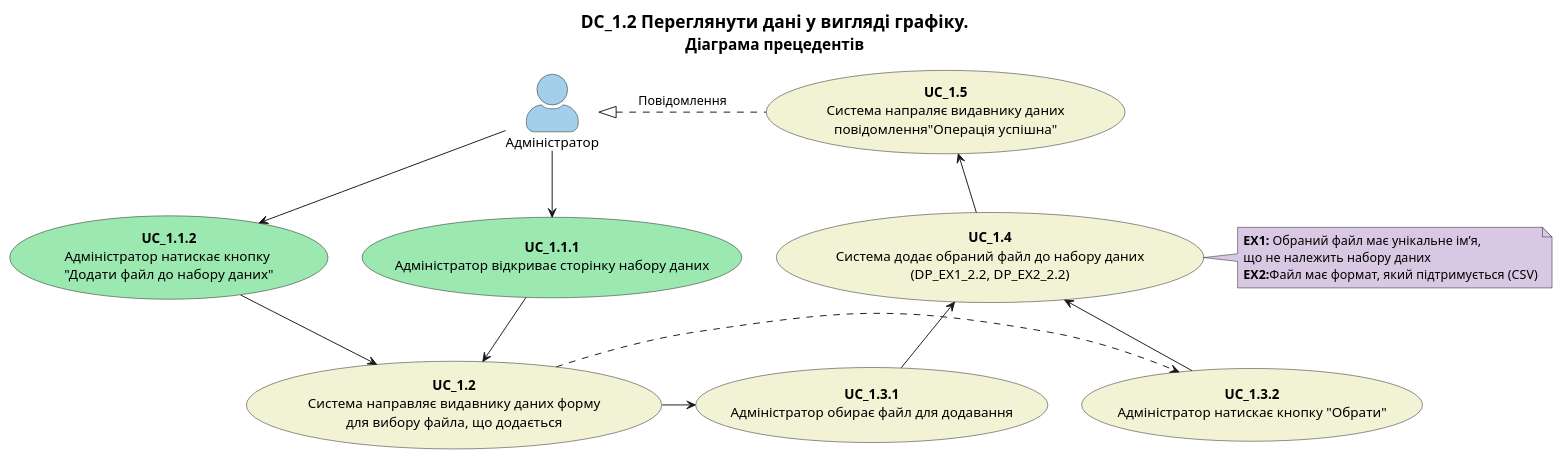
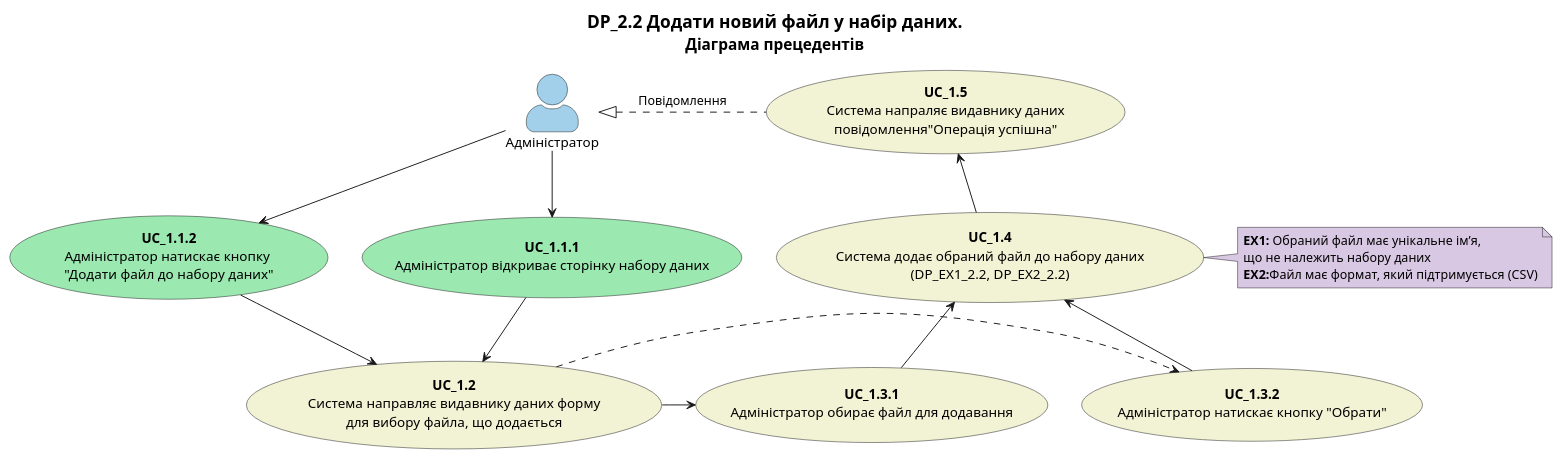
Before and after one commit to boldak/edu-db-cw: the seventh of 11 diagrams in docs/use cases/README.md, drawn with PlantUML. The commit also changed other lines of this file, not shown here.

```diff
--- a/docs/use cases/README.md
+++ b/docs/use cases/README.md
@@ -284,34 +283,34 @@
 @startuml
 
     title
-        <font size=18 color=black>DC_1.2 Переглянути дані у вигляді графіку.
+        <font size=18 color=black>DP_2.2 Додати новий файл у набір даних.
         <font size=16 color=black>Діаграма прецедентів
     end title
 
     skinparam actorStyle awesome
     
     actor "Адміністратор" as User #a2d0eb
 
     usecase "<b>UC_1.1.1</b>\nАдміністратор відкриває сторінку набору даних" as S1 #9be8b0
     usecase "<b>UC_1.1.2</b>\nАдміністратор натискає кнопку \n"Додати файл до набору даних"" as S2 #9be8b0
     usecase "<b>UC_1.2</b>\nСистема направляє видавнику даних форму\nдля вибору файла, що додається" as S3 #f2f2d5
     usecase "<b>UC_1.3.1</b>\nАдміністратор обирає файл для додавання" as S4 #f2f2d5
     usecase "<b>UC_1.3.2</b>\nАдміністратор натискає кнопку "Обрати"" as S5 #f2f2d5
     usecase "<b>UC_1.4</b>\nСистема додає обраний файл до набору даних\n(DP_EX1_2.2, DP_EX2_2.2)" as S6 #f2f2d5
     usecase "<b>UC_1.5</b>\nСистема напраляє видавнику даних\nповідомлення"Операція успішна"" as S7 #f2f2d5
 
     note "<b>EX1:</b> Обраний файл має унікальне ім’я,\nщо не належить набору даних\n<b>EX2:</b>Файл має формат, який підтримується (CSV)" as EX1 #d9c8e3
 
     User -down-> S1
     User -down-> S2
     S1 -down-> S3
     S2 -down-> S3
     S3 -right-> S4
     S3 -right.> S5
     S4 -up-> S6
     S5-up-> S6
     S6 -right.> EX1
     S6 -up-> S7
     S7 -left.|> User : Повідомлення
 
 @enduml
```
